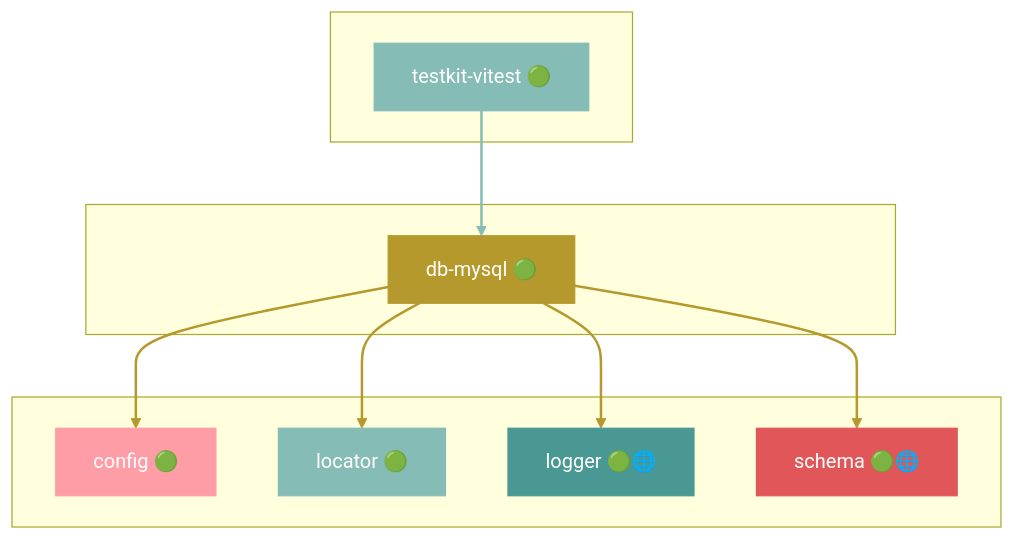
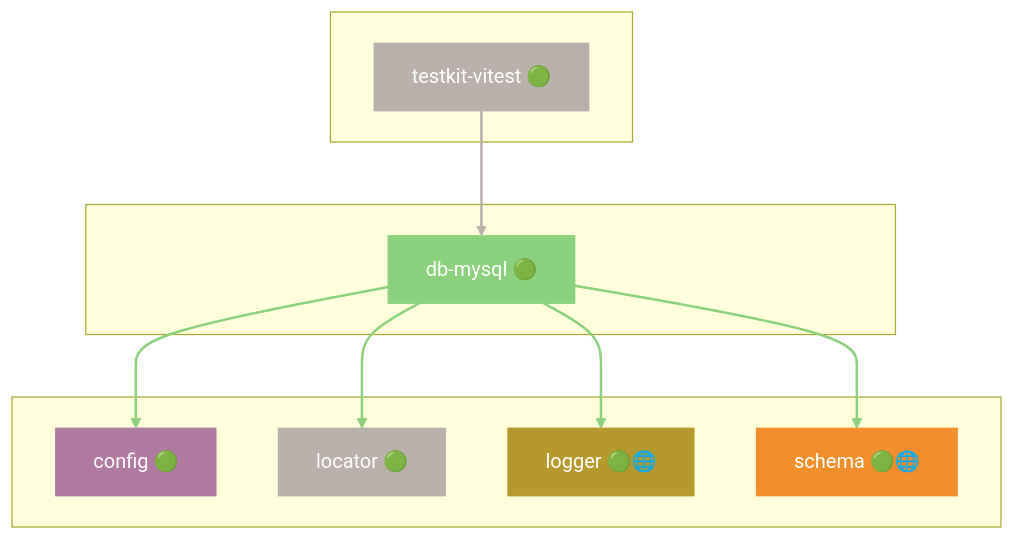
Diagram 13 of 50 in docs/DEPENDENCIES.md (grest-ts/grest-ts), drawn with Mermaid before and after one commit. The commit also changed other lines of this file and 57 other files, not shown here.

````diff
--- a/docs/DEPENDENCIES.md
+++ b/docs/DEPENDENCIES.md
@@ -947,31 +917,31 @@
 ```mermaid
 flowchart TB
     subgraph Dependents[" "]
         testkit-vitest["testkit-vitest 🟢"]
     end
     subgraph Package[" "]
         db-mysql["db-mysql 🟢"]
     end
     subgraph Dependencies[" "]
         config["config 🟢"]
         locator["locator 🟢"]
         logger["logger 🟢🌐"]
         schema["schema 🟢🌐"]
     end
     testkit-vitest --> db-mysql
     db-mysql --> config
     db-mysql --> locator
     db-mysql --> logger
     db-mysql --> schema
-    style db-mysql fill:#B6992D,stroke:#B6992D,color:#fff
-    style testkit-vitest fill:#86BCB6,stroke:#86BCB6,color:#fff
-    style config fill:#FF9DA7,stroke:#FF9DA7,color:#fff
-    style locator fill:#86BCB6,stroke:#86BCB6,color:#fff
-    style logger fill:#499894,stroke:#499894,color:#fff
-    style schema fill:#E15759,stroke:#E15759,color:#fff
-    linkStyle 0 stroke:#86BCB6,stroke-width:2px
-    linkStyle 1 stroke:#B6992D,stroke-width:2px
-    linkStyle 2 stroke:#B6992D,stroke-width:2px
-    linkStyle 3 stroke:#B6992D,stroke-width:2px
-    linkStyle 4 stroke:#B6992D,stroke-width:2px
+    style db-mysql fill:#8CD17D,stroke:#8CD17D,color:#fff
+    style testkit-vitest fill:#BAB0AC,stroke:#BAB0AC,color:#fff
+    style config fill:#B07AA1,stroke:#B07AA1,color:#fff
+    style locator fill:#BAB0AC,stroke:#BAB0AC,color:#fff
+    style logger fill:#B6992D,stroke:#B6992D,color:#fff
+    style schema fill:#F28E2B,stroke:#F28E2B,color:#fff
+    linkStyle 0 stroke:#BAB0AC,stroke-width:2px
+    linkStyle 1 stroke:#8CD17D,stroke-width:2px
+    linkStyle 2 stroke:#8CD17D,stroke-width:2px
+    linkStyle 3 stroke:#8CD17D,stroke-width:2px
+    linkStyle 4 stroke:#8CD17D,stroke-width:2px
 ```
````
